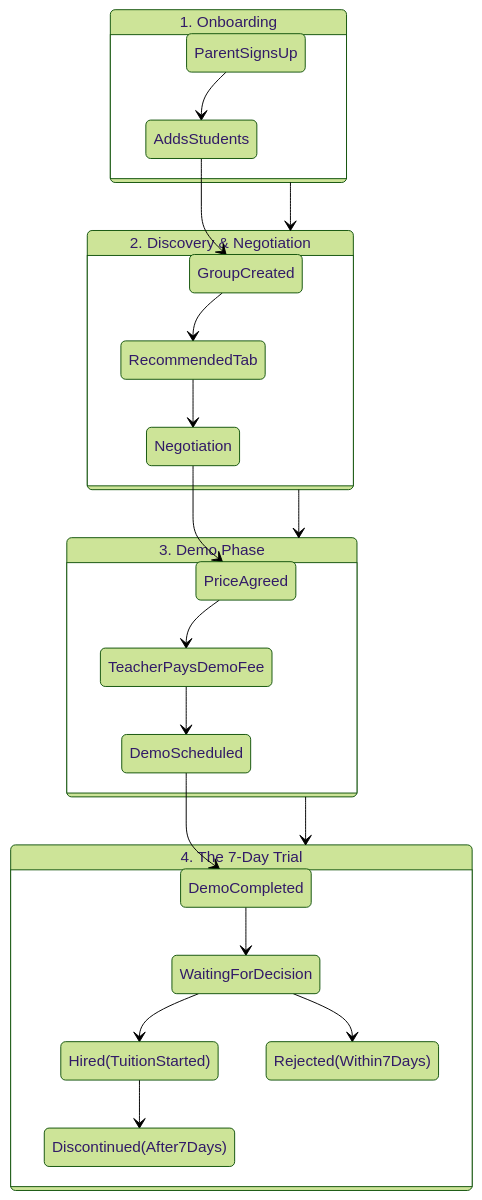
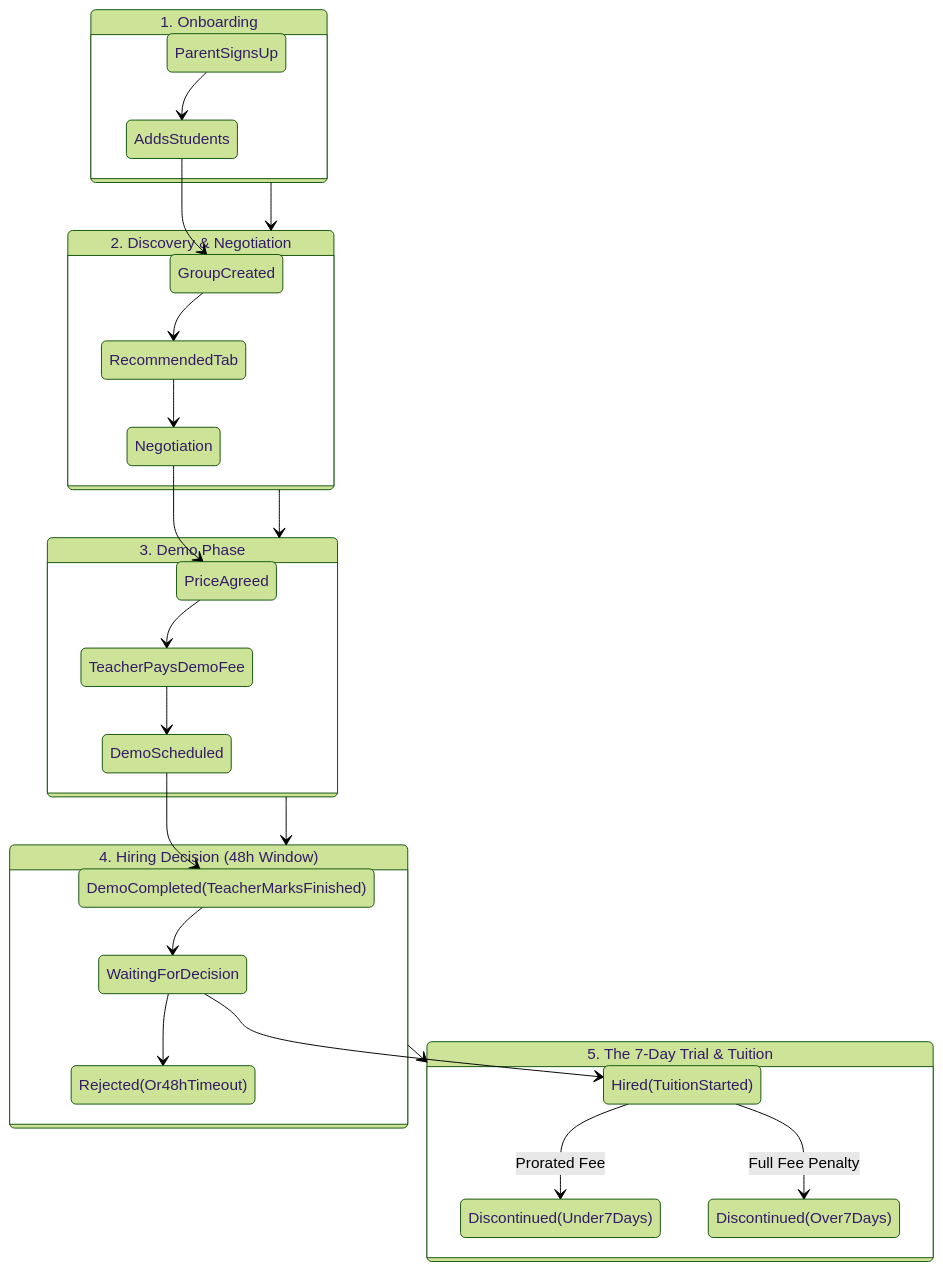
One commit to Nikhil4002-50-82/Mi-Tutora changed the diagram in docs/architecture.md. Above: the diagram before and after it, drawn with Mermaid (forest theme). The commit also changed other lines of this file and 9 other files, not shown here.

````diff
--- a/docs/architecture.md
+++ b/docs/architecture.md
@@ -18,31 +19,36 @@
 ```mermaid
 stateDiagram-v2
     %% Phases
     state "1. Onboarding" as Phase1 {
         ParentSignsUp --> AddsStudents
         AddsStudents --> GroupCreated
     }
     
     state "2. Discovery & Negotiation" as Phase2 {
         GroupCreated --> RecommendedTab
         RecommendedTab --> Negotiation
         Negotiation --> PriceAgreed
     }
     
     state "3. Demo Phase" as Phase3 {
         PriceAgreed --> TeacherPaysDemoFee
         TeacherPaysDemoFee --> DemoScheduled
-        DemoScheduled --> DemoCompleted
+        DemoScheduled --> DemoCompleted(TeacherMarksFinished)
     }
     
-    state "4. The 7-Day Trial" as Phase4 {
-        DemoCompleted --> WaitingForDecision
+    state "4. Hiring Decision (48h Window)" as Phase4 {
+        DemoCompleted(TeacherMarksFinished) --> WaitingForDecision
         WaitingForDecision --> Hired(TuitionStarted)
-        WaitingForDecision --> Rejected(Within7Days)
-        Hired(TuitionStarted) --> Discontinued(After7Days)
+        WaitingForDecision --> Rejected(Or48hTimeout)
+    }
+    
+    state "5. The 7-Day Trial & Tuition" as Phase5 {
+        Hired(TuitionStarted) --> Discontinued(Under7Days) : Prorated Fee
+        Hired(TuitionStarted) --> Discontinued(Over7Days) : Full Fee Penalty
     }
 
     Phase1 --> Phase2
     Phase2 --> Phase3
     Phase3 --> Phase4
+    Phase4 --> Phase5
 ```
````
